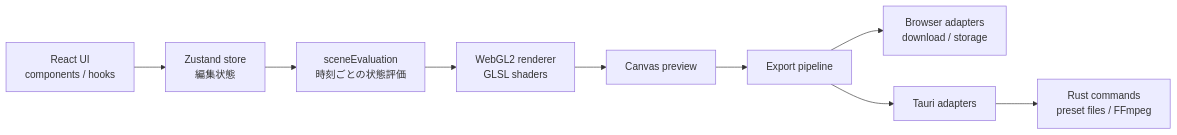
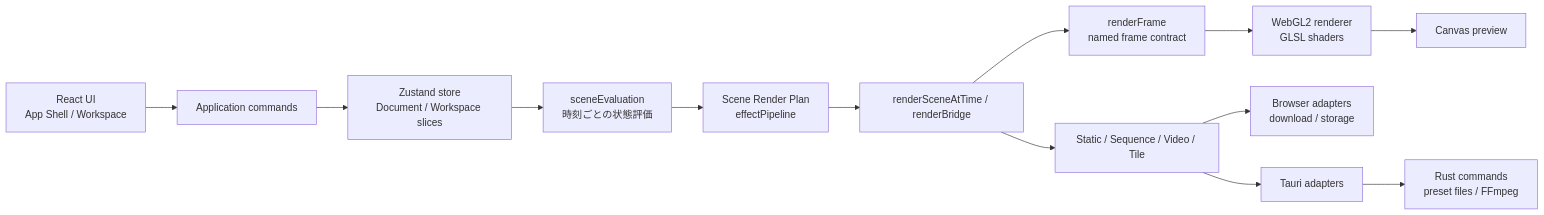
One commit to k5mp4/K-GG changed the diagram in docs/development/architecture.md. Above: the diagram before and after it, drawn with Mermaid. The commit also changed other lines of this file and 86 other files, not shown here.

Commit message:
Refactor application architecture and simplify implementation

````diff
--- a/docs/development/architecture.md
+++ b/docs/development/architecture.md
@@ -11,11 +11,15 @@
 ```mermaid
 flowchart LR
-  UI["React UI<br/>components / hooks"] --> Store["Zustand store<br/>編集状態"]
+  UI["React UI<br/>App Shell / Workspace"] --> Commands["Application commands"]
+  Commands --> Store["Zustand store<br/>Document / Workspace slices"]
   Store --> Eval["sceneEvaluation<br/>時刻ごとの状態評価"]
-  Eval --> Render["WebGL2 renderer<br/>GLSL shaders"]
+  Eval --> Plan["Scene Render Plan<br/>effectPipeline"]
+  Plan --> Bridge["renderSceneAtTime / renderBridge"]
+  Bridge --> Frame["renderFrame<br/>named frame contract"]
+  Frame --> Render["WebGL2 renderer<br/>GLSL shaders"]
   Render --> Canvas["Canvas preview"]
-  Canvas --> Export["Export pipeline"]
-  Export --> Browser["Browser adapters<br/>download / storage"]
-  Export --> Tauri["Tauri adapters"]
+  Bridge --> Output["Static / Sequence / Video / Tile"]
+  Output --> Browser["Browser adapters<br/>download / storage"]
+  Output --> Tauri["Tauri adapters"]
   Tauri --> Rust["Rust commands<br/>preset files / FFmpeg"]
 ```
````
